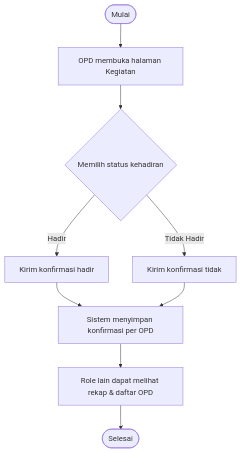
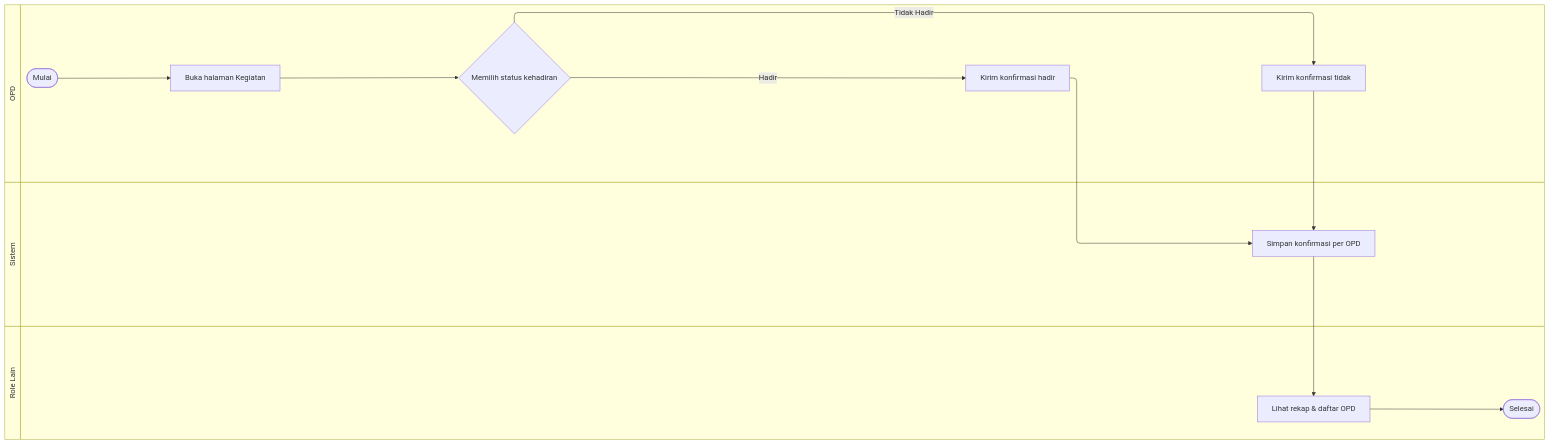
One commit to cisnatinnov/SI_Pengelolaan_Data_Agenda changed diagram 13 of 16 in laravel-vue-mvc/docs/UML_Documentation.md. Above: the diagram before and after it, drawn with Mermaid. The commit also changed other lines of this file and 7 other files, not shown here.

First line of the commit message:
Update UML documentation and diagrams for user flows

````diff
--- a/laravel-vue-mvc/docs/UML_Documentation.md
+++ b/laravel-vue-mvc/docs/UML_Documentation.md
@@ -399,11 +448,25 @@
 ```mermaid
-flowchart TD
-    A([Mulai]) --> B[OPD membuka halaman Kegiatan]
-    B --> C{Memilih status kehadiran}
-    C -- Hadir --> D[Kirim konfirmasi hadir]
-    C -- Tidak Hadir --> E[Kirim konfirmasi tidak]
-    D --> F[Sistem menyimpan konfirmasi per OPD]
-    E --> F
-    F --> G[Role lain dapat melihat rekap & daftar OPD]
-    G --> H([Selesai])
+swimlane-beta LR
+  subgraph OPD
+    A([Mulai])
+    B[Buka halaman Kegiatan]
+    C{Memilih status kehadiran}
+    D[Kirim konfirmasi hadir]
+    E[Kirim konfirmasi tidak]
+  end
+  subgraph Sistem
+    F[Simpan konfirmasi per OPD]
+  end
+  subgraph RoleLain [Role Lain]
+    G[Lihat rekap & daftar OPD]
+    H([Selesai])
+  end
+  A --> B
+  B --> C
+  C -- Hadir --> D
+  C -- Tidak Hadir --> E
+  D --> F
+  E --> F
+  F --> G
+  G --> H
 ```
````
